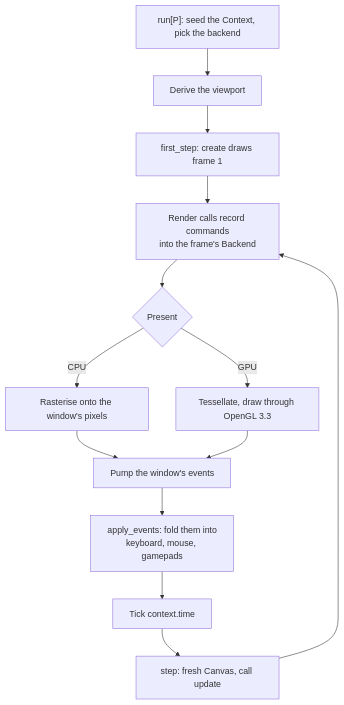
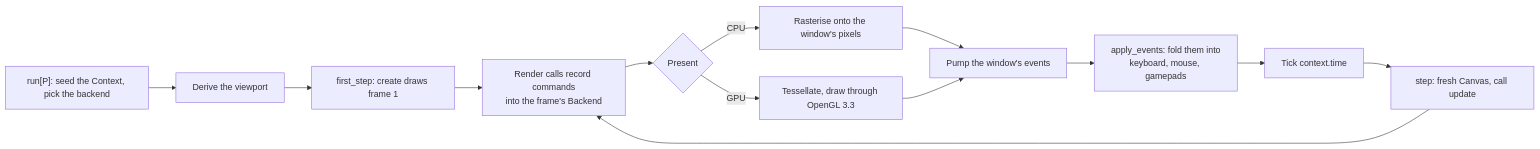
One commit to create-framework/create changed the first of 3 diagrams in ARCHITECTURE.md. Above: the diagram before and after it, drawn with Mermaid.

Commit message:
docs: Layout the frame flowchart left to right

````diff
--- a/ARCHITECTURE.md
+++ b/ARCHITECTURE.md
@@ -51,15 +51,15 @@
 ```mermaid
-flowchart TD
+flowchart LR
     run["run[P]: seed the Context, pick the backend"] --> viewport["Derive the viewport"]
     viewport --> first["first_step: create draws frame 1"]
     first --> record["Render calls record commands<br/>into the frame's Backend"]
     record --> present{"Present"}
     present -->|CPU| raster["Rasterise onto the window's pixels"]
     present -->|GPU| gl["Tessellate, draw through OpenGL 3.3"]
     raster --> pump["Pump the window's events"]
     gl --> pump
     pump --> apply["apply_events: fold them into<br/>keyboard, mouse, gamepads"]
     apply --> tick["Tick context.time"]
     tick --> step["step: fresh Canvas, call update"]
     step --> record
 ```
````
